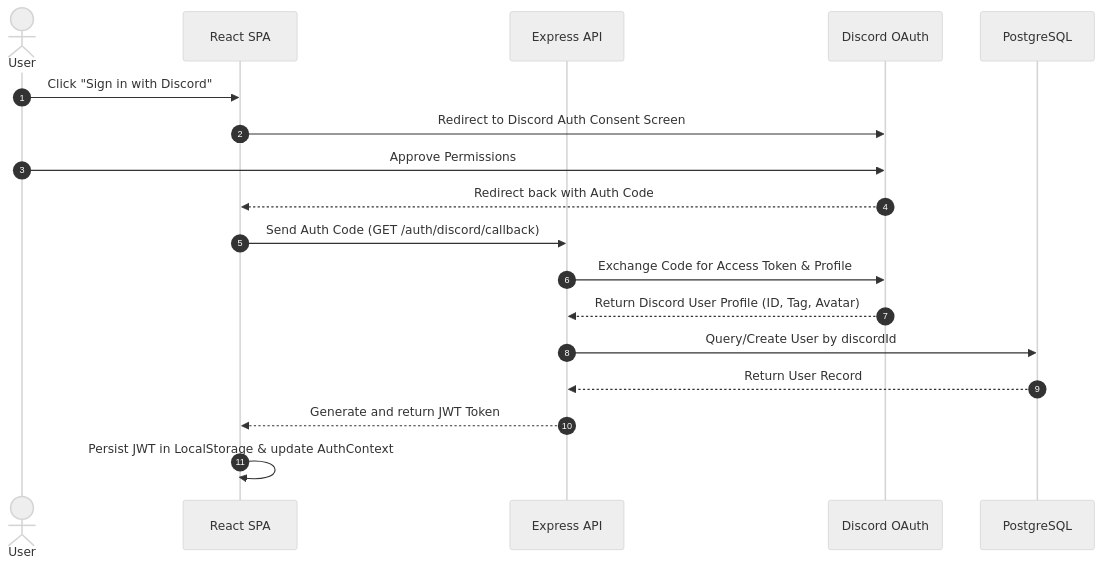
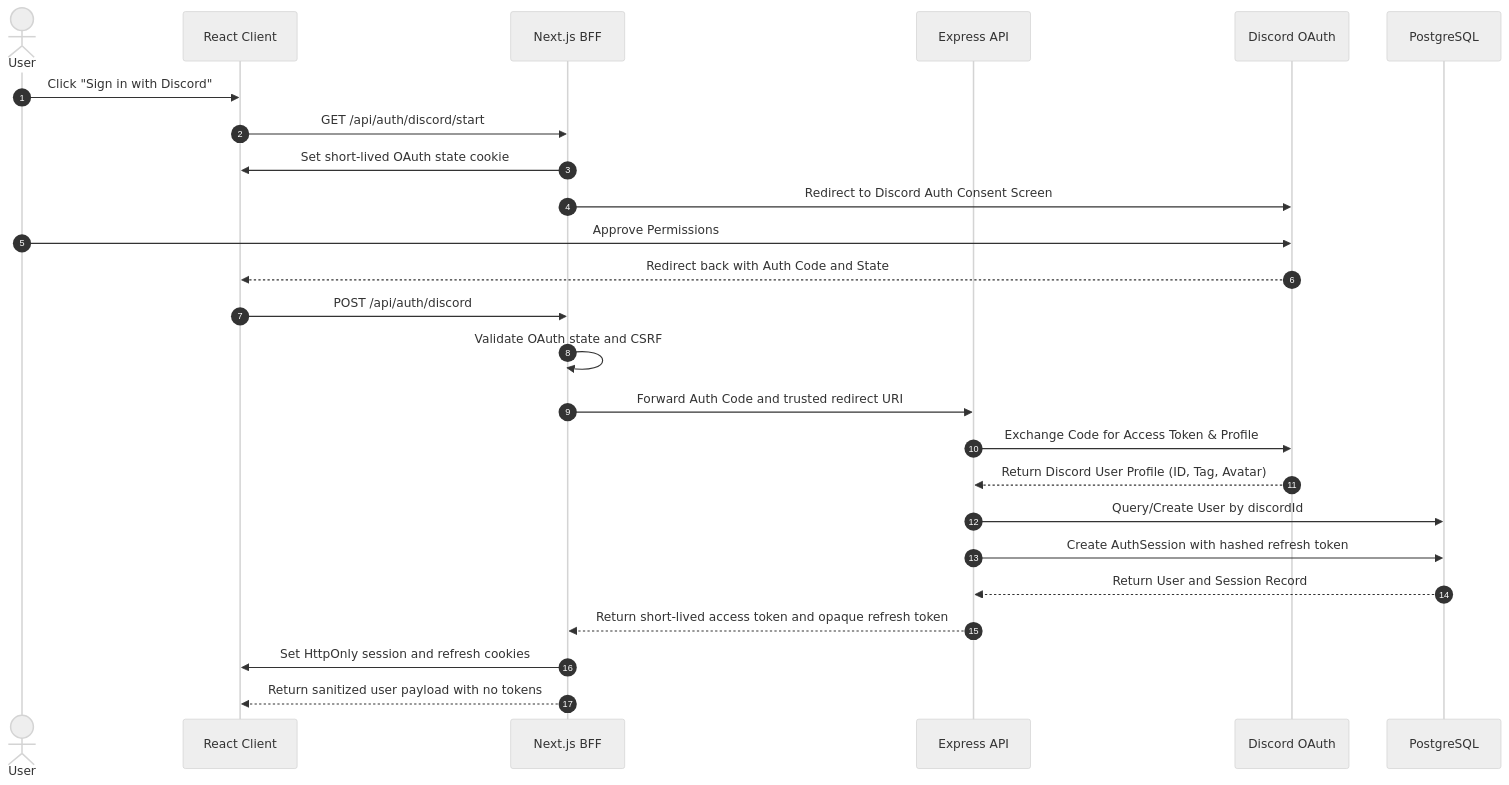
Before and after one commit to MrMandalNSU/sudipta.me: the second of 4 diagrams in docs/overviews/projects/valodash.md, drawn with Mermaid (neutral theme). The commit also changed other lines of this file and 6 other files, not shown here.

Commit message:
updated valodash project context with proxy setup, refresh token setup

````diff
--- a/docs/overviews/projects/valodash.md
+++ b/docs/overviews/projects/valodash.md
@@ -92,21 +96,28 @@
 ```mermaid
 sequenceDiagram
     autonumber
     actor User
-    participant Client as React SPA
+    participant Client as React Client
+    participant BFF as Next.js BFF
     participant Server as Express API
     participant Discord as Discord OAuth
     participant DB as PostgreSQL
 
     User->>Client: Click "Sign in with Discord"
-    Client->>Discord: Redirect to Discord Auth Consent Screen
+    Client->>BFF: GET /api/auth/discord/start
+    BFF->>Client: Set short-lived OAuth state cookie
+    BFF->>Discord: Redirect to Discord Auth Consent Screen
     User->>Discord: Approve Permissions
-    Discord-->>Client: Redirect back with Auth Code
-    Client->>Server: Send Auth Code (GET /auth/discord/callback)
+    Discord-->>Client: Redirect back with Auth Code and State
+    Client->>BFF: POST /api/auth/discord
+    BFF->>BFF: Validate OAuth state and CSRF
+    BFF->>Server: Forward Auth Code and trusted redirect URI
     Server->>Discord: Exchange Code for Access Token & Profile
     Discord-->>Server: Return Discord User Profile (ID, Tag, Avatar)
     Server->>DB: Query/Create User by discordId
-    DB-->>Server: Return User Record
-    Server-->>Client: Generate and return JWT Token
-    Client->>Client: Persist JWT in LocalStorage & update AuthContext
+    Server->>DB: Create AuthSession with hashed refresh token
+    DB-->>Server: Return User and Session Record
+    Server-->>BFF: Return short-lived access token and opaque refresh token
+    BFF->>Client: Set HttpOnly session and refresh cookies
+    BFF-->>Client: Return sanitized user payload with no tokens
 ```
````
